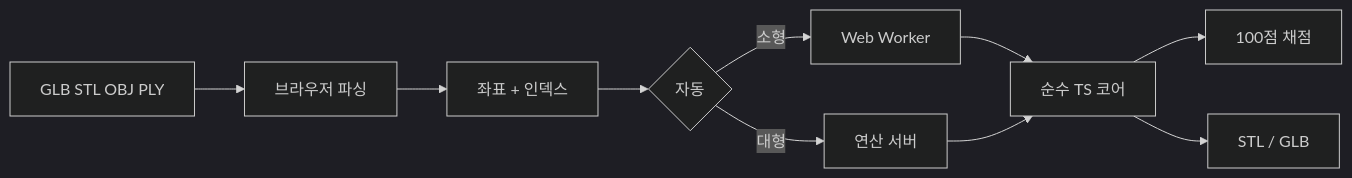
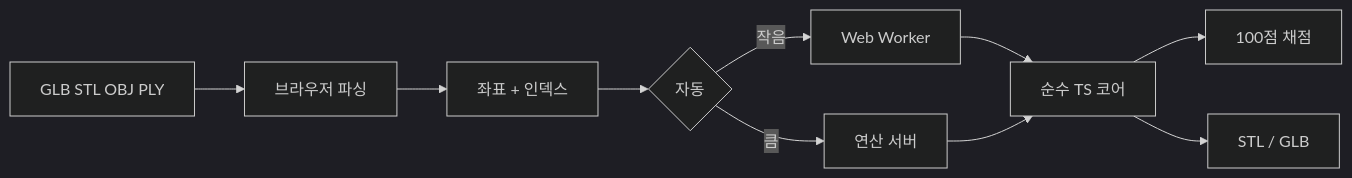
The diagram in README.md (JunnnnyWon/meshcap), drawn with Mermaid (dark theme) before and after one commit. The commit also changed other lines of this file and 15 other files, not shown here.

````diff
--- a/README.md
+++ b/README.md
@@ -137,12 +133,12 @@
 ```mermaid
 flowchart LR
   A[GLB STL OBJ PLY] --> B[브라우저 파싱]
   B --> C[좌표 + 인덱스]
   C --> D{자동}
-  D -->|소형| E[Web Worker]
-  D -->|대형| F[연산 서버]
+  D -->|작음| E[Web Worker]
+  D -->|큼| F[연산 서버]
   E --> G[순수 TS 코어]
   F --> G
   G --> H[100점 채점]
   G --> I[STL / GLB]
 ```
````
